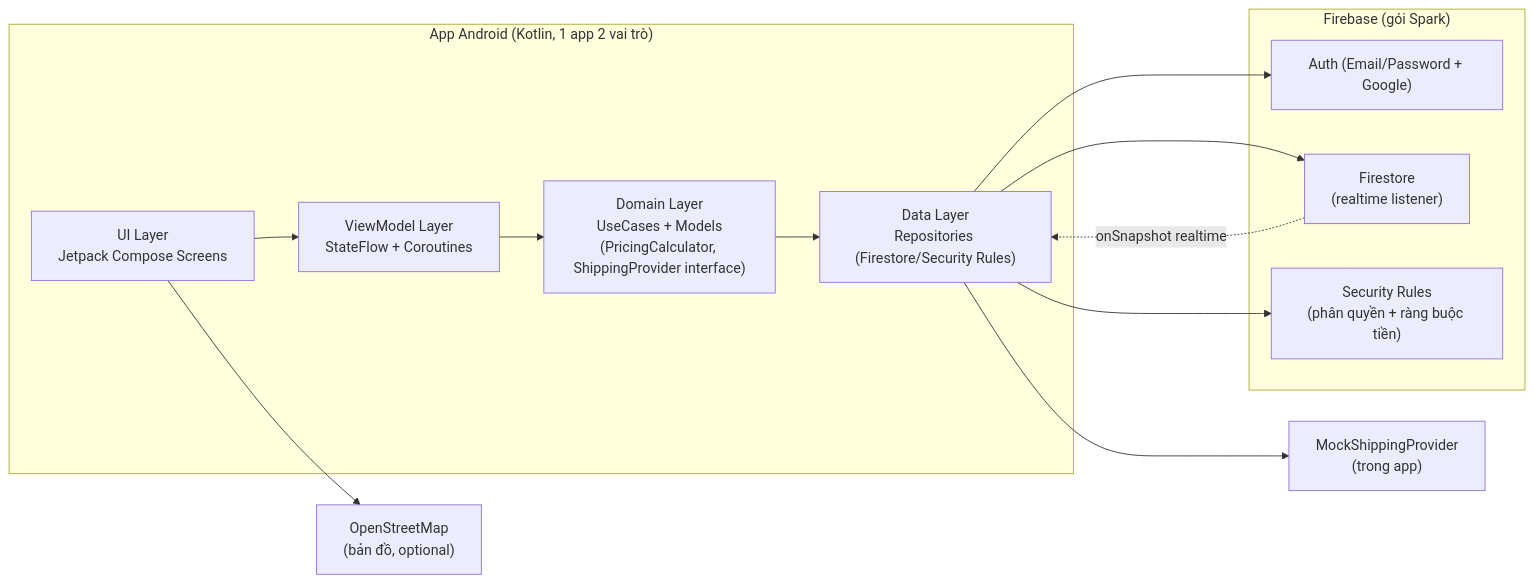
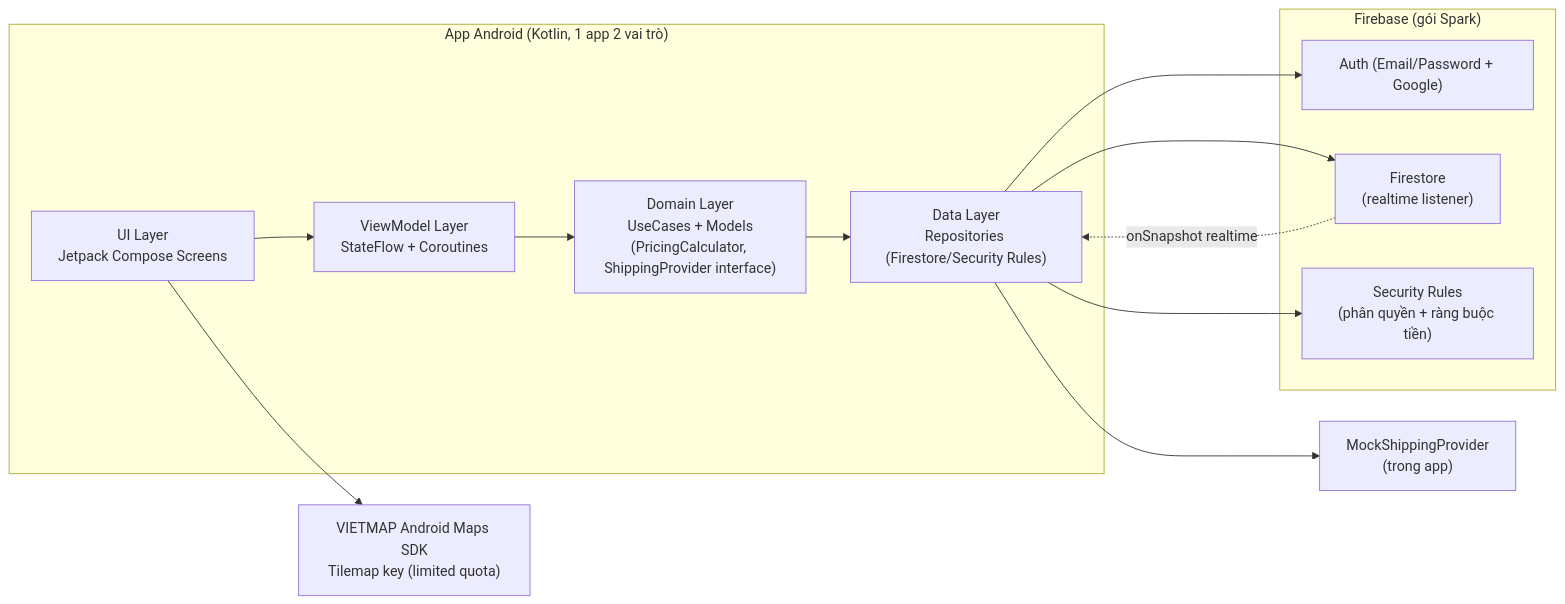
One commit to giaphonggp1208/d2c-food-android changed the second of 10 diagrams in docs/analysis-design.md. Above: the diagram before and after it, drawn with Mermaid. The commit also changed other lines of this file and 1 other file, not shown here.

Commit message:
docs: adopt VIETMAP map integration plan

````diff
--- a/docs/analysis-design.md
+++ b/docs/analysis-design.md
@@ -197,24 +197,24 @@
 ```mermaid
 flowchart LR
     subgraph Client["App Android (Kotlin, 1 app 2 vai trò)"]
         UI["UI Layer<br/>Jetpack Compose Screens"]
         VM["ViewModel Layer<br/>StateFlow + Coroutines"]
         DOM["Domain Layer<br/>UseCases + Models<br/>(PricingCalculator, ShippingProvider interface)"]
         DAT["Data Layer<br/>Repositories (Firestore/Security Rules)"]
     end
 
     subgraph Firebase["Firebase (gói Spark)"]
         AUTH["Auth (Email/Password + Google)"]
         FS["Firestore<br/>(realtime listener)"]
         RULES["Security Rules<br/>(phân quyền + ràng buộc tiền)"]
     end
 
-    OSM["OpenStreetMap<br/>(bản đồ, optional)"]
+    VIETMAP["VIETMAP Android Maps SDK<br/>Tilemap key (limited quota)"]
     MOCK["MockShippingProvider<br/>(trong app)"]
 
     UI --> VM --> DOM --> DAT
     DAT --> AUTH & FS & RULES
     DAT --> MOCK
-    UI --> OSM
+    UI --> VIETMAP
     FS -. "onSnapshot realtime" .-> DAT
 ```
````
